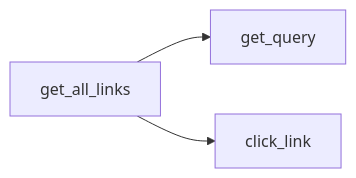
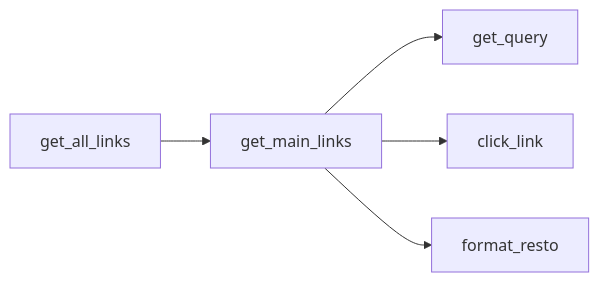
One commit to CyuHat/tripad_python changed the first of 2 diagrams in README.md. Above: the diagram before and after it, drawn with Mermaid. The commit also changed other lines of this file and 4 other files, not shown here.

````diff
--- a/README.md
+++ b/README.md
@@ -11,5 +12,7 @@
 ```mermaid
 graph LR;
-	gal[get_all_links] --> gq[get_query]
-	gal --> cl[click_link]
+	gal[get_all_links] --> gml[get_main_links]
+	gml --> gq[get_query]
+	gml --> cl[click_link]
+	gml --> format_resto
 ```
````
